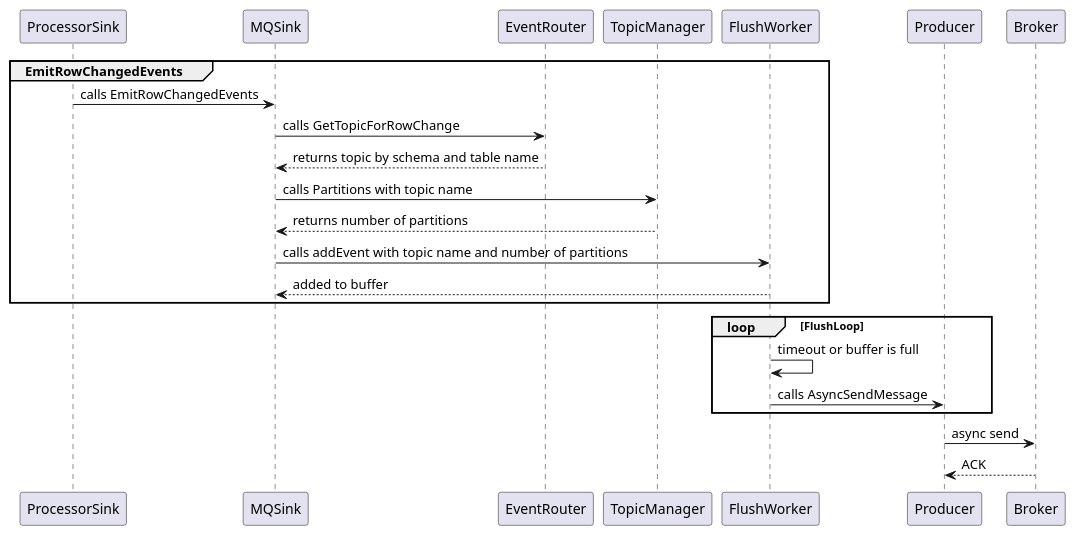
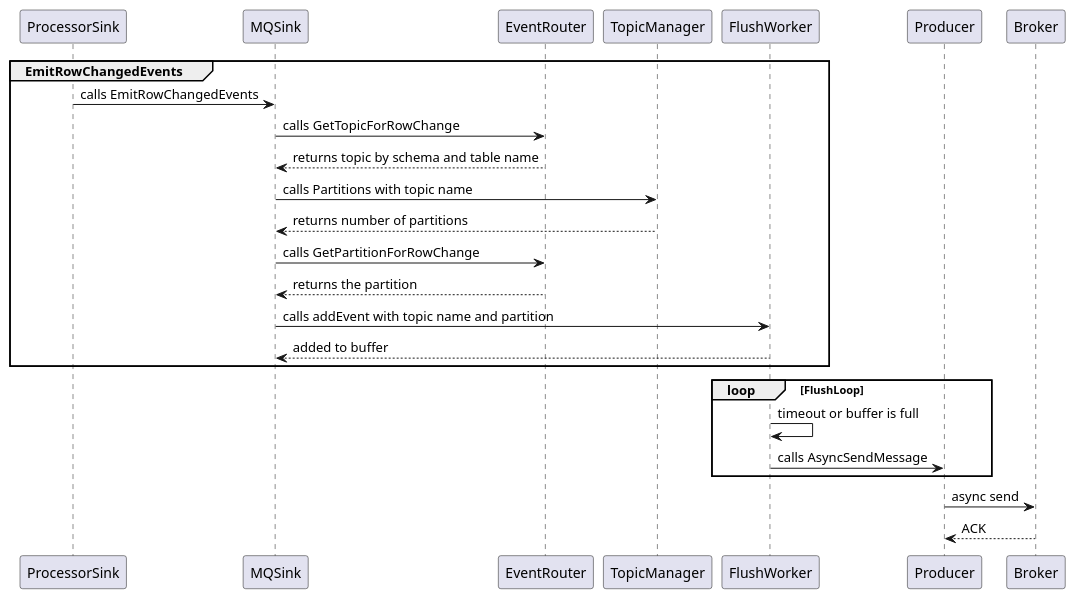
One commit to Rustin170506/ticdc-sink.slide changed the eighth of 10 diagrams in slides.md. Above: the diagram before and after it, drawn with PlantUML. The commit also changed other lines of this file, not shown here.

Commit message:
Better graph and conent

````diff
--- a/slides.md
+++ b/slides.md
@@ -625,19 +637,21 @@
 ```plantuml
 @startuml
 group EmitRowChangedEvents 
   ProcessorSink -> MQSink: calls EmitRowChangedEvents
   MQSink -> EventRouter: calls GetTopicForRowChange
   MQSink <-- EventRouter: returns topic by schema and table name
   MQSink -> TopicManager: calls Partitions with topic name
   MQSink <-- TopicManager: returns number of partitions
-  MQSink -> FlushWorker: calls addEvent with topic name and number of partitions
+  MQSink -> EventRouter: calls GetPartitionForRowChange
+  MQSink <-- EventRouter: returns the partition
+  MQSink -> FlushWorker: calls addEvent with topic name and partition
   MQSink <-- FlushWorker: added to buffer
 end
 loop FlushLoop 
 FlushWorker -> FlushWorker: timeout or buffer is full
 FlushWorker -> Producer: calls AsyncSendMessage
 end
 Producer -> Broker: async send
 Producer <-- Broker: ACK
 @enduml
 ```
````
